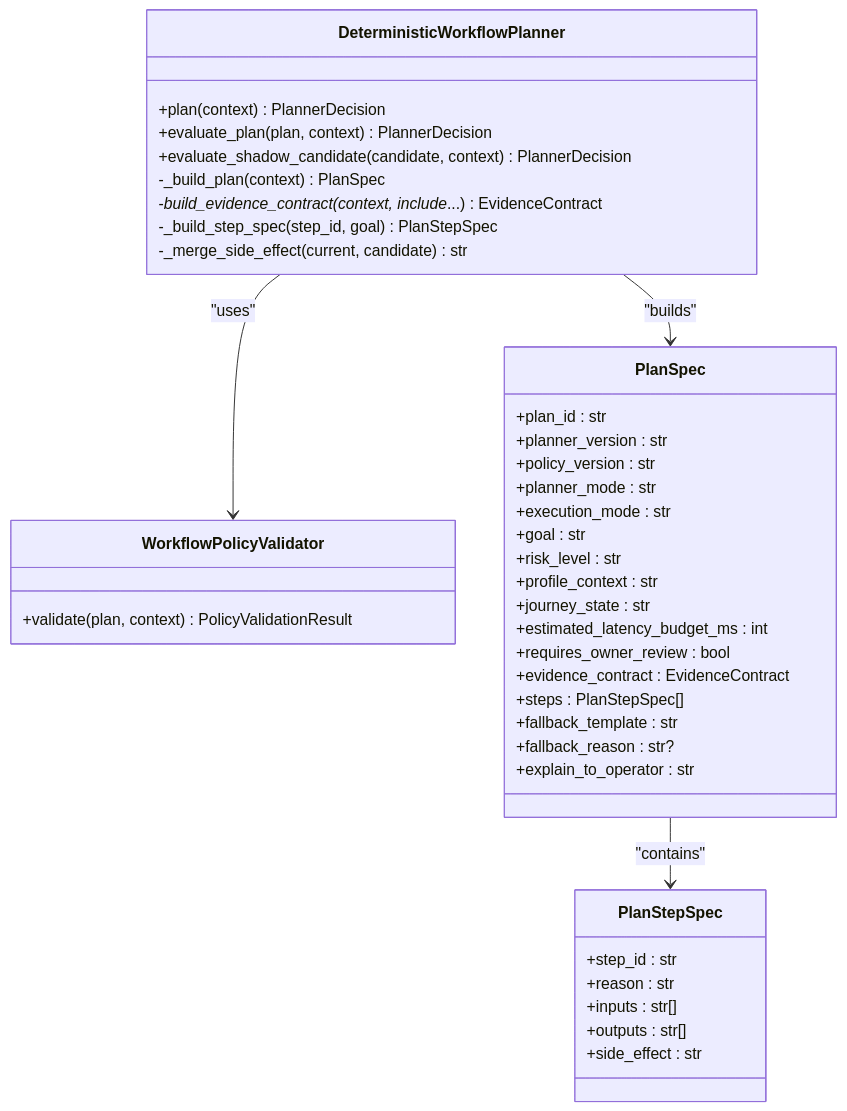
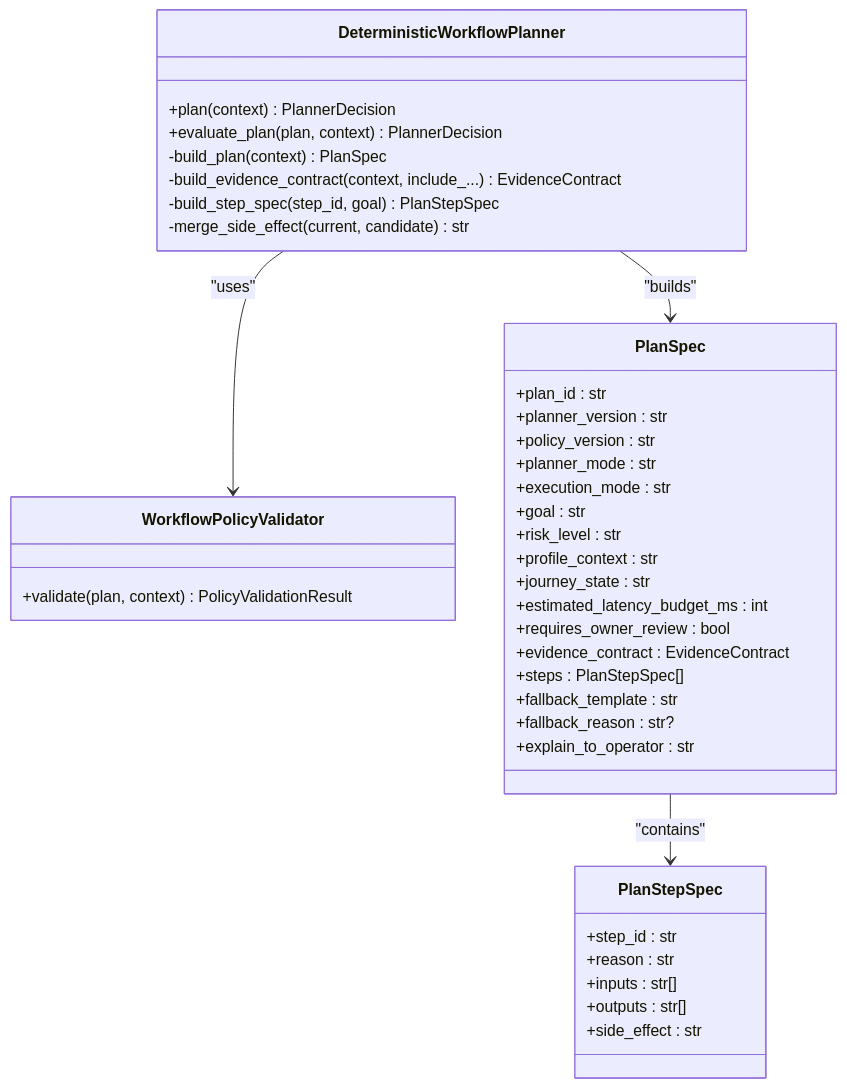
One commit to intellistream/sage-mate changed the third of 15 diagrams in .qoder/repowiki/en/content/Workflow System/Workflow System.md. Above: the diagram before and after it, drawn with Mermaid. The commit also changed other lines of this file and 121 other files, not shown here.

````diff
--- a/.qoder/repowiki/en/content/Workflow System/Workflow System.md
+++ b/.qoder/repowiki/en/content/Workflow System/Workflow System.md
@@ -235,43 +209,42 @@
 ```mermaid
 classDiagram
 class DeterministicWorkflowPlanner {
 +plan(context) PlannerDecision
 +evaluate_plan(plan, context) PlannerDecision
-+evaluate_shadow_candidate(candidate, context) PlannerDecision
--_build_plan(context) PlanSpec
--_build_evidence_contract(context, include_...) EvidenceContract
--_build_step_spec(step_id, goal) PlanStepSpec
--_merge_side_effect(current, candidate) str
+-build_plan(context) PlanSpec
+-build_evidence_contract(context, include_...) EvidenceContract
+-build_step_spec(step_id, goal) PlanStepSpec
+-merge_side_effect(current, candidate) str
 }
 class WorkflowPolicyValidator {
 +validate(plan, context) PolicyValidationResult
 }
 class PlanSpec {
 +plan_id : str
 +planner_version : str
 +policy_version : str
 +planner_mode : str
 +execution_mode : str
 +goal : str
 +risk_level : str
 +profile_context : str
 +journey_state : str
 +estimated_latency_budget_ms : int
 +requires_owner_review : bool
 +evidence_contract : EvidenceContract
 +steps : PlanStepSpec[]
 +fallback_template : str
 +fallback_reason : str?
 +explain_to_operator : str
 }
 class PlanStepSpec {
 +step_id : str
 +reason : str
 +inputs : str[]
 +outputs : str[]
 +side_effect : str
 }
 DeterministicWorkflowPlanner --> PlanSpec : "builds"
 DeterministicWorkflowPlanner --> WorkflowPolicyValidator : "uses"
 PlanSpec --> PlanStepSpec : "contains"
 ```
````
